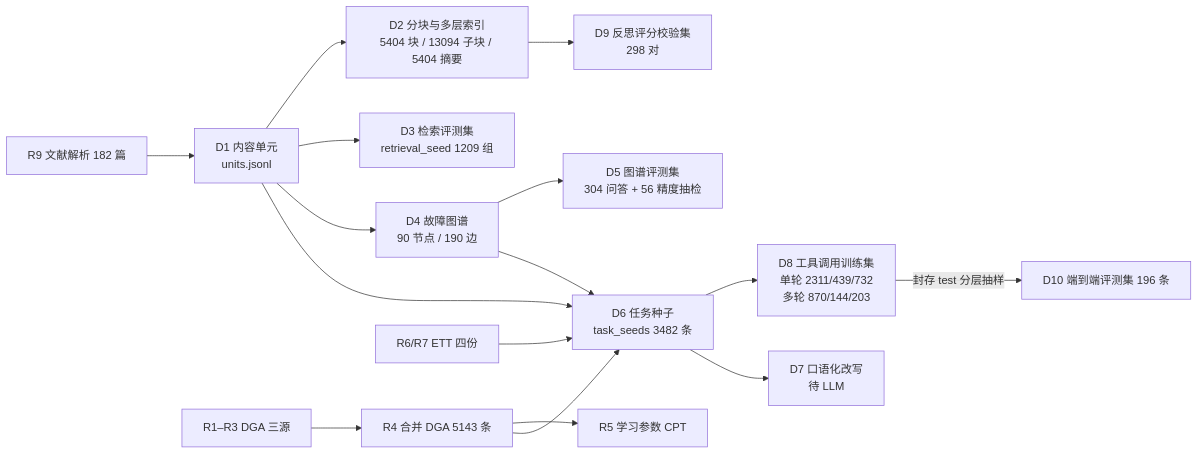
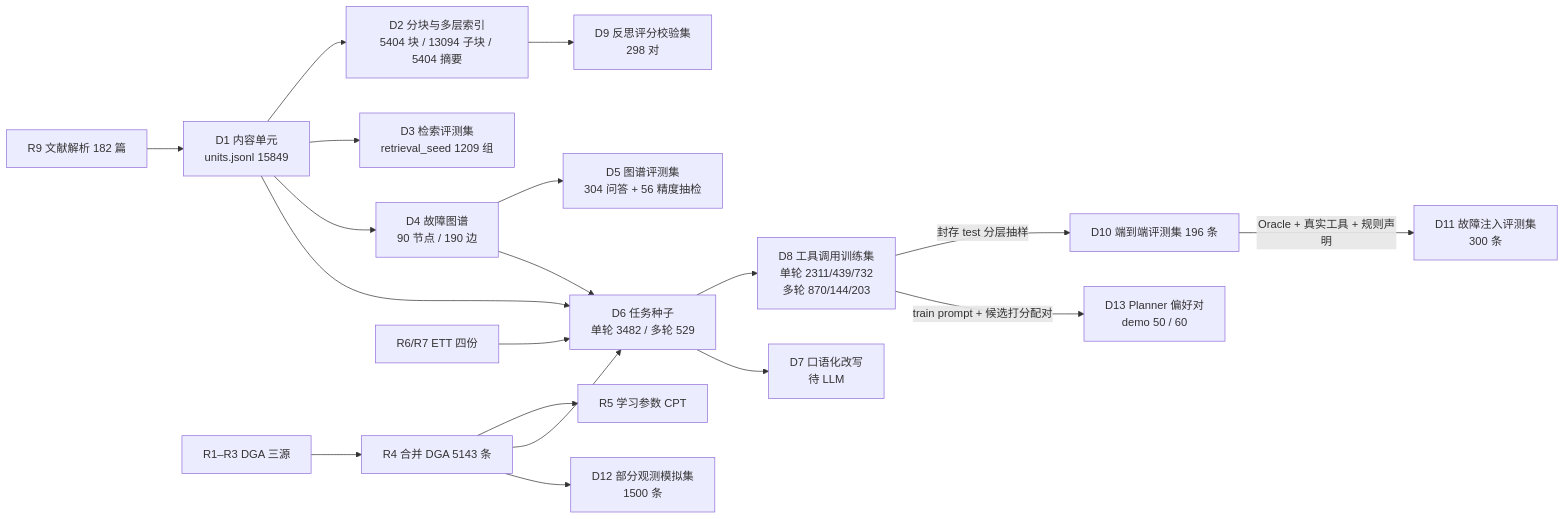
The first of 2 diagrams in docs/data_and_evaluation.md (tang02-t/e_mutiAgent), drawn with Mermaid before and after one commit. The commit also changed other lines of this file and 12 other files, not shown here.

````diff
--- a/docs/data_and_evaluation.md
+++ b/docs/data_and_evaluation.md
@@ -28,17 +62,20 @@
 ```mermaid
 flowchart LR
-    R9[R9 文献解析 182 篇] --> D1[D1 内容单元<br/>units.jsonl]
+    R9[R9 文献解析 182 篇] --> D1[D1 内容单元<br/>units.jsonl 15849]
     D1 --> D2[D2 分块与多层索引<br/>5404 块 / 13094 子块 / 5404 摘要]
     D1 --> D3[D3 检索评测集<br/>retrieval_seed 1209 组]
     D1 --> D4[D4 故障图谱<br/>90 节点 / 190 边]
     D4 --> D5[D5 图谱评测集<br/>304 问答 + 56 精度抽检]
     D2 --> D9[D9 反思评分校验集<br/>298 对]
     R1R3[R1–R3 DGA 三源] --> R4[R4 合并 DGA 5143 条] --> R5[R5 学习参数 CPT]
     R4 --> D6
+    R4 --> D12[D12 部分观测模拟集<br/>1500 条]
     R67[R6/R7 ETT 四份] --> D6
-    D1 --> D6[D6 任务种子<br/>task_seeds 3482 条]
+    D1 --> D6[D6 任务种子<br/>单轮 3482 / 多轮 529]
     D4 --> D6
     D6 --> D8[D8 工具调用训练集<br/>单轮 2311/439/732<br/>多轮 870/144/203]
     D6 --> D7[D7 口语化改写<br/>待 LLM]
     D8 -->|封存 test 分层抽样| D10[D10 端到端评测集 196 条]
+    D10 -->|Oracle + 真实工具 + 规则声明| D11[D11 故障注入评测集<br/>300 条]
+    D8 -->|train prompt + 候选打分配对| D13[D13 Planner 偏好对<br/>demo 50 / 60]
 ```
````
